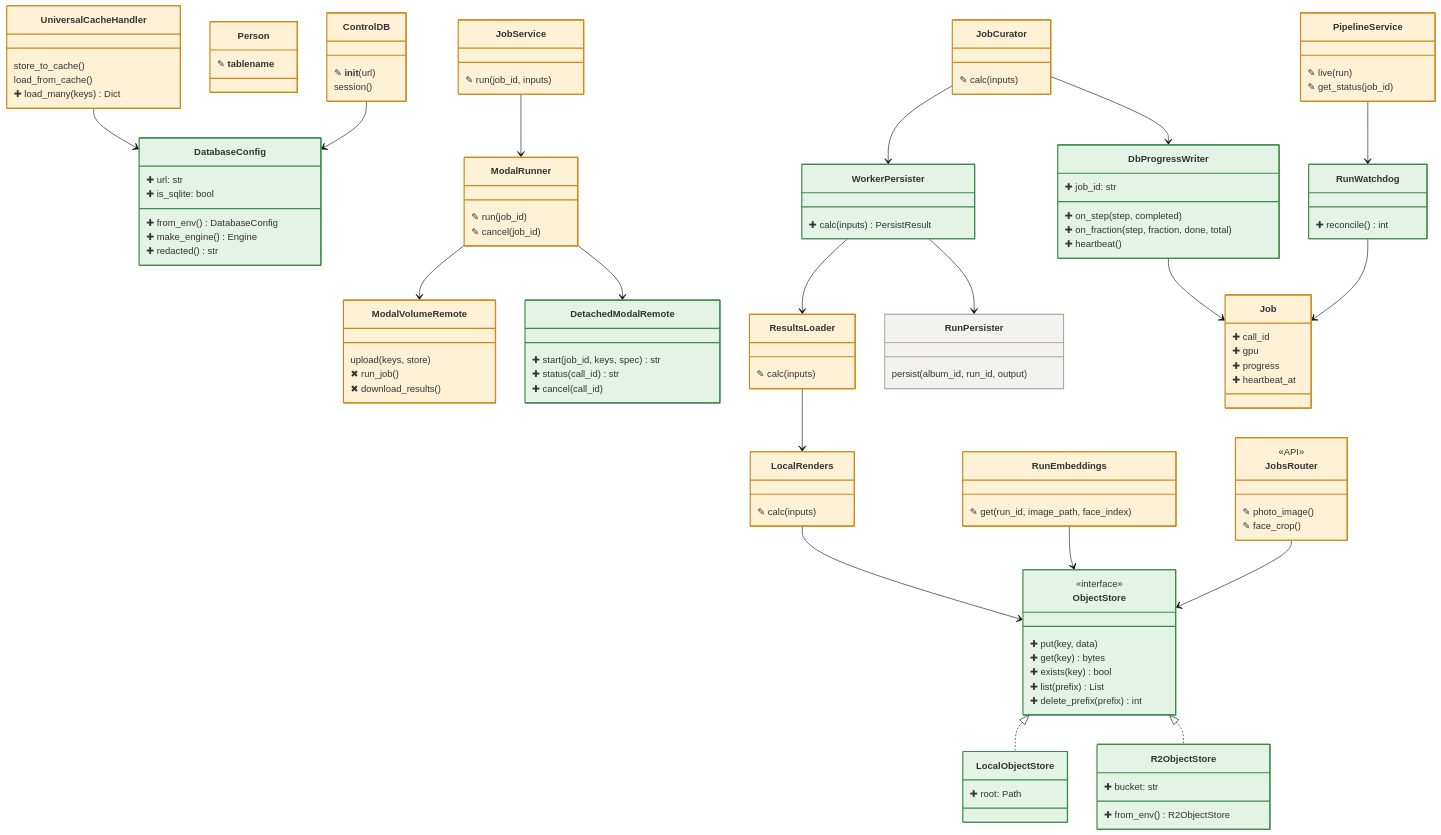
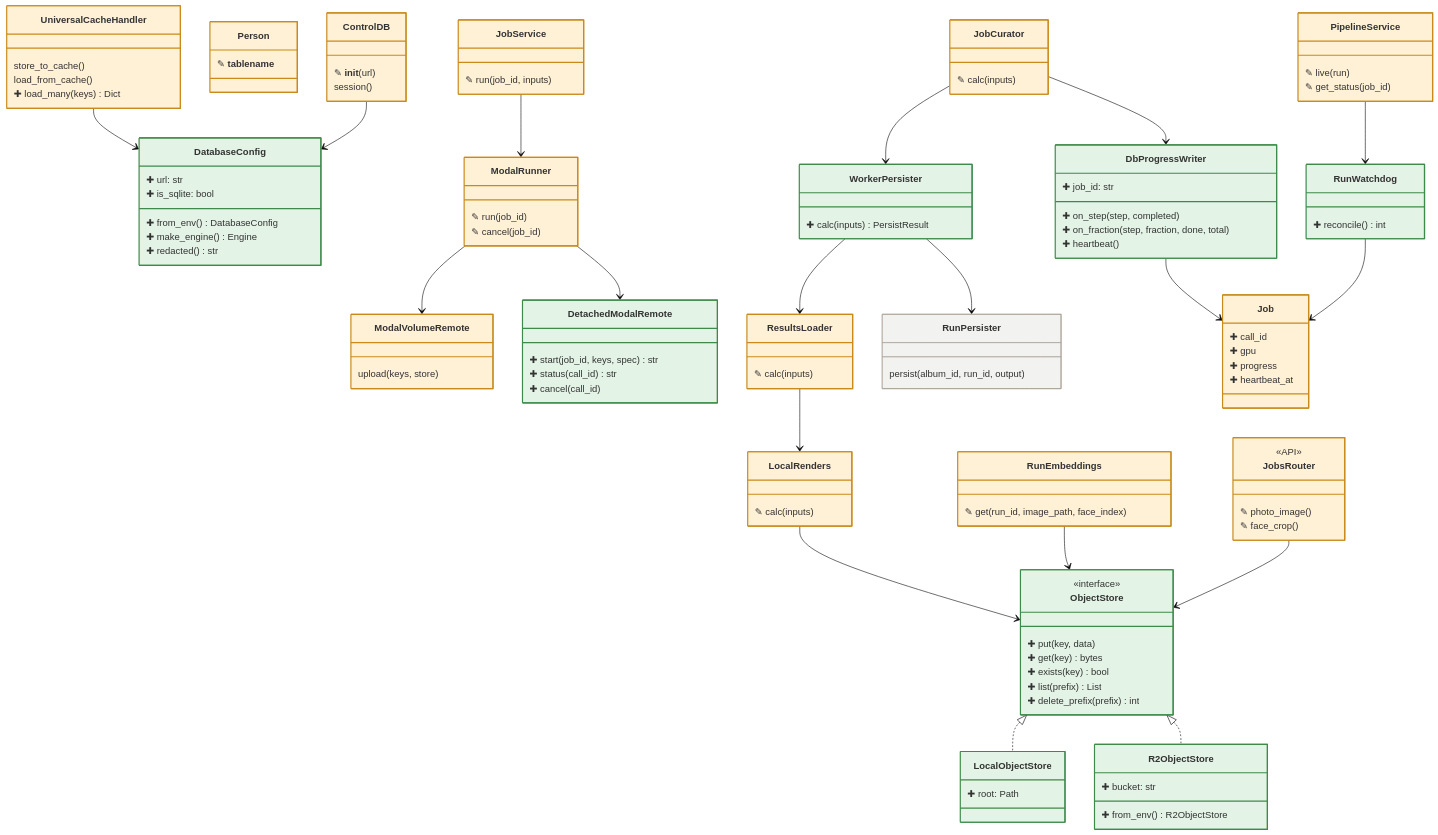
The second of 2 diagrams in specs/117-neon-r2-one-database/spec.md (jonathanhexner/albumify), drawn with Mermaid (base theme) before and after one commit. The commit also changed other lines of this file and 12 other files, not shown here.

```diff
--- a/specs/117-neon-r2-one-database/spec.md
+++ b/specs/117-neon-r2-one-database/spec.md
@@ -135,8 +136,6 @@
   }
   class ModalVolumeRemote {
     upload(keys, store)
-    ✖ run_job()
-    ✖ download_results()
   }
   class JobService {
     ✎ run(job_id, inputs)
```
